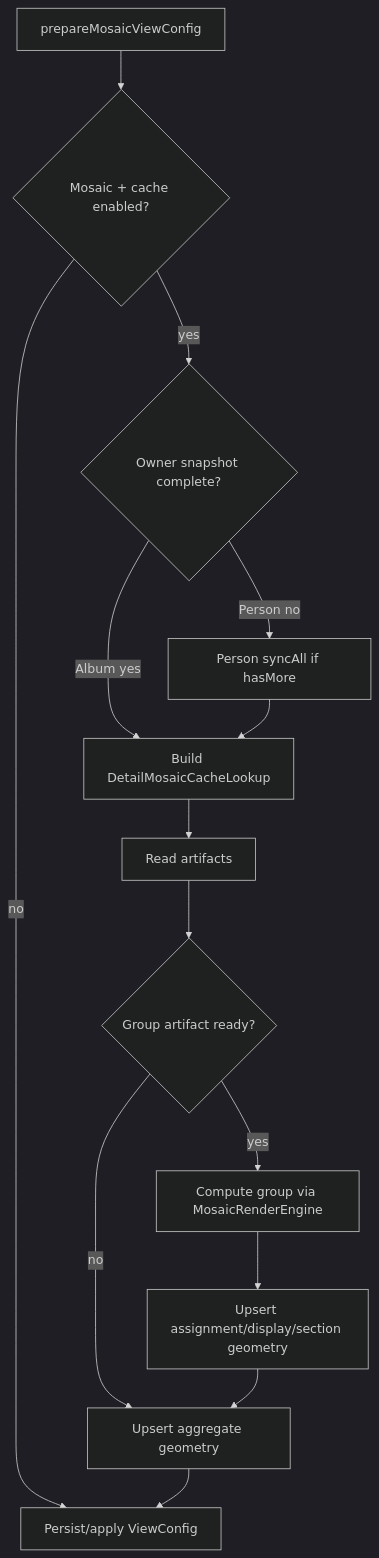
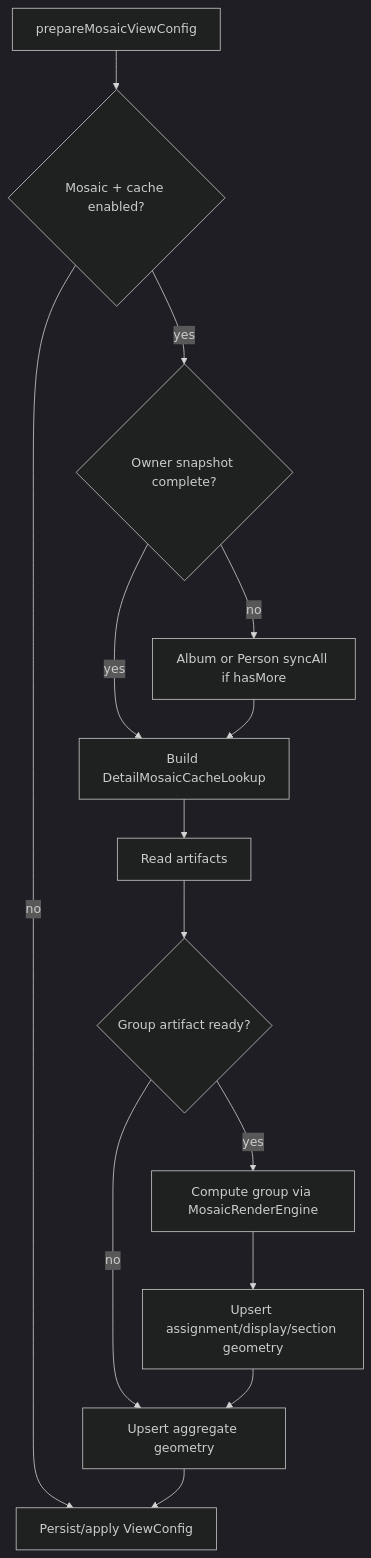
Before and after one commit to ch4ndu/ImmichGallery: the ninth of 9 diagrams in docs/ai/album-person-detail.md, drawn with Mermaid (dark theme). The commit also changed other lines of this file and 15 other files, not shown here.

````diff
--- a/docs/ai/album-person-detail.md
+++ b/docs/ai/album-person-detail.md
@@ -531,28 +522,28 @@
 ```mermaid
 flowchart TD
     Prepare[prepareMosaicViewConfig]
     CacheEnabled{Mosaic + cache enabled?}
     OwnerComplete{Owner snapshot complete?}
-    PersonFullSync[Person syncAll if hasMore]
+    OwnerFullSync[Album or Person syncAll if hasMore]
     Lookup[Build DetailMosaicCacheLookup]
     Read[Read artifacts]
     Missing{Group artifact ready?}
     Compute[Compute group via MosaicRenderEngine]
     Upsert[Upsert assignment/display/section geometry]
     Aggregate[Upsert aggregate geometry]
     Apply[Persist/apply ViewConfig]
 
     Prepare --> CacheEnabled
     CacheEnabled -- no --> Apply
     CacheEnabled -- yes --> OwnerComplete
-    OwnerComplete -- Album yes --> Lookup
-    OwnerComplete -- Person no --> PersonFullSync
-    PersonFullSync --> Lookup
+    OwnerComplete -- yes --> Lookup
+    OwnerComplete -- no --> OwnerFullSync
+    OwnerFullSync --> Lookup
     Lookup --> Read
     Read --> Missing
     Missing -- yes --> Compute
     Missing -- no --> Aggregate
     Compute --> Upsert
     Upsert --> Aggregate
     Aggregate --> Apply
 ```
````
